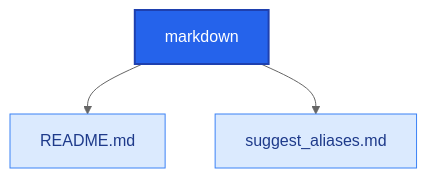
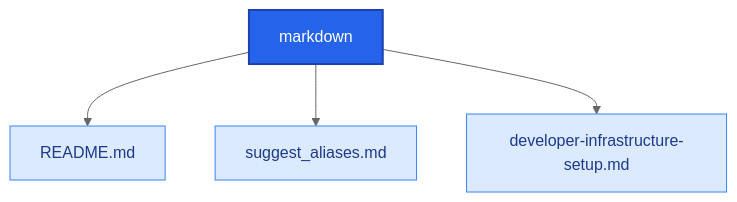
One commit to Richie086/scripts-public changed the diagram in markdown/README.md. Above: the diagram before and after it, drawn with Mermaid (neutral theme). The commit also changed 4 other files, not shown here.

Commit message:
Add shared dev server setup script and infrastructure guide

````diff
--- a/markdown/README.md
+++ b/markdown/README.md
@@ -11,8 +11,9 @@
 ```mermaid
 graph TD
 	root["markdown"]:::root --> n1["README.md"]:::file-md
 	root["markdown"]:::root --> n2["suggest_aliases.md"]:::file-md
+	root["markdown"]:::root --> n3["developer-infrastructure-setup.md"]:::file-md
 classDef root fill:#2563eb,stroke:#1e40af,stroke-width:2px,color:#ffffff;
 classDef folder fill:#fbbf24,stroke:#d97706,stroke-width:1px,color:#451a03;
 classDef file-md fill:#dbeafe,stroke:#3b82f6,stroke-width:1px,color:#1e3a8a;
 ```
````
